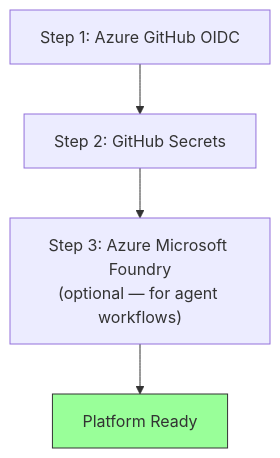
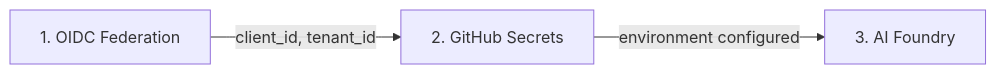
The diagram in docs/copilot_report_forge/deployment.md (ks6088ts/template-github-copilot), drawn with Mermaid before and after one commit. The commit also changed other lines of this file and 14 other files, not shown here.

````diff
--- a/docs/copilot_report_forge/deployment.md
+++ b/docs/copilot_report_forge/deployment.md
@@ -119,8 +33,5 @@
 ```mermaid
-flowchart TD
-    A["Step 1: Azure GitHub OIDC"] --> B["Step 2: GitHub Secrets"]
-    B --> C["Step 3: Azure Microsoft Foundry<br/>(optional — for agent workflows)"]
-    C --> D["Platform Ready"]
-
-    style D fill:#9f9,stroke:#333
+flowchart LR
+    A["1. OIDC Federation"] -->|client_id, tenant_id| B["2. GitHub Secrets"]
+    B -->|environment configured| C["3. AI Foundry"]
 ```
````
